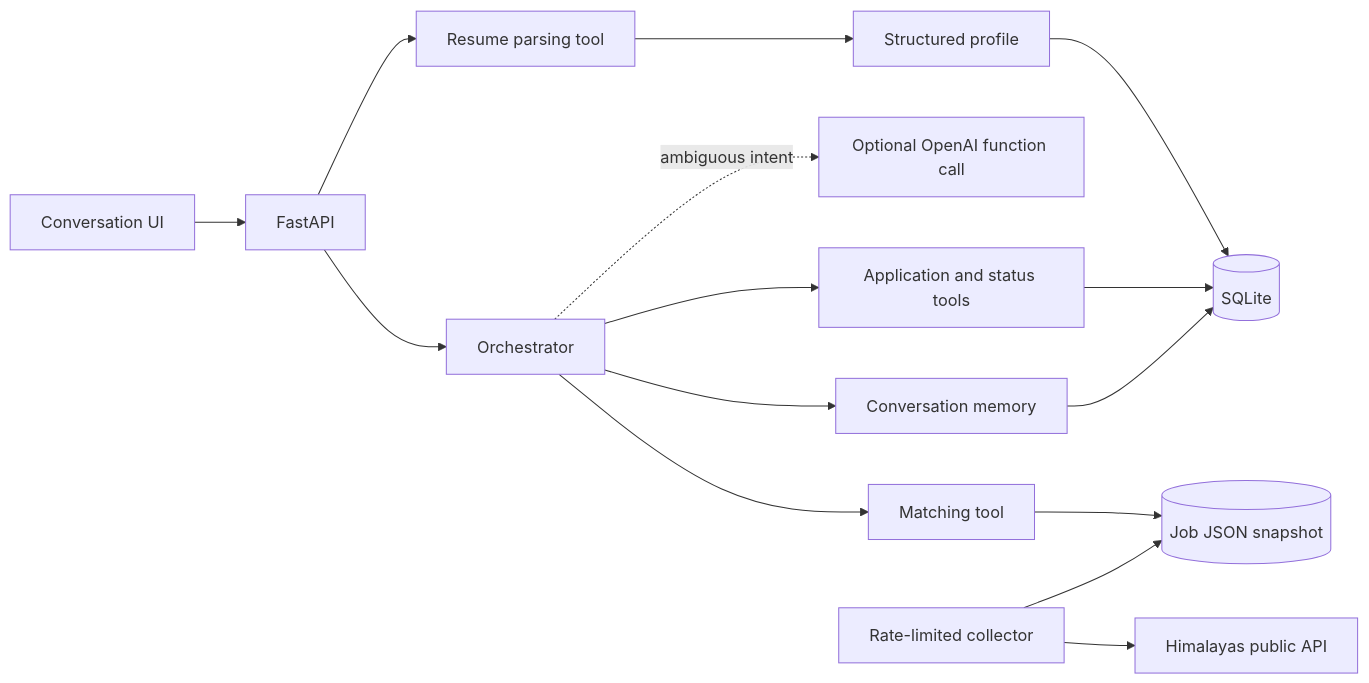
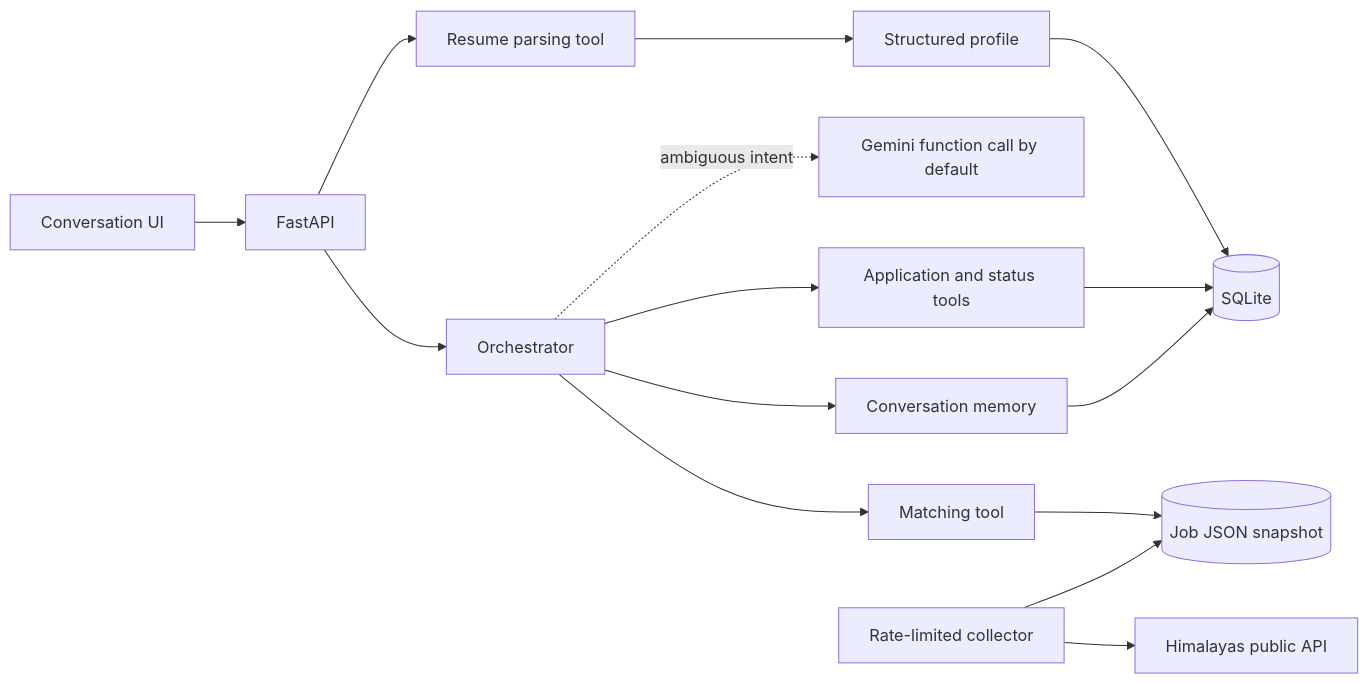
Before and after one commit to ABHISHEK27Y/hidani-assessment: the diagram in README.md, drawn with Mermaid. The commit also changed other lines of this file and 17 other files, not shown here.

Commit message:
Add Gemini free-tier routing as the default provider

````diff
--- a/README.md
+++ b/README.md
@@ -48,17 +53,17 @@
 ```mermaid
 flowchart LR
   UI[Conversation UI] --> API[FastAPI]
   API --> Parse[Resume parsing tool]
   Parse --> Profile[Structured profile]
   Profile --> DB[(SQLite)]
   API --> Agent[Orchestrator]
-  Agent -. ambiguous intent .-> LLM[Optional OpenAI function call]
+  Agent -. ambiguous intent .-> LLM[Gemini function call by default]
   Agent --> Match[Matching tool]
   Match --> JSON[(Job JSON snapshot)]
   Agent --> Apply[Application and status tools]
   Apply --> DB
   Agent --> Memory[Conversation memory]
   Memory --> DB
   Scrape[Rate-limited collector] --> Public[Himalayas public API]
   Scrape --> JSON
 ```
````
